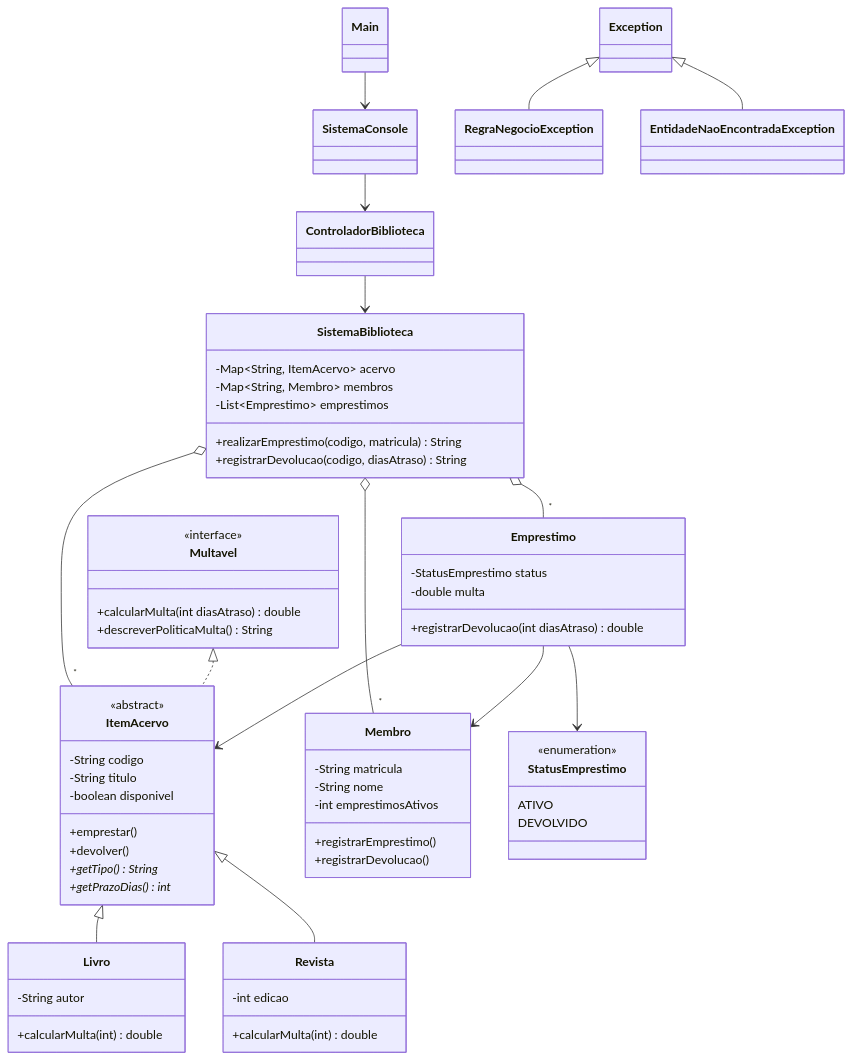
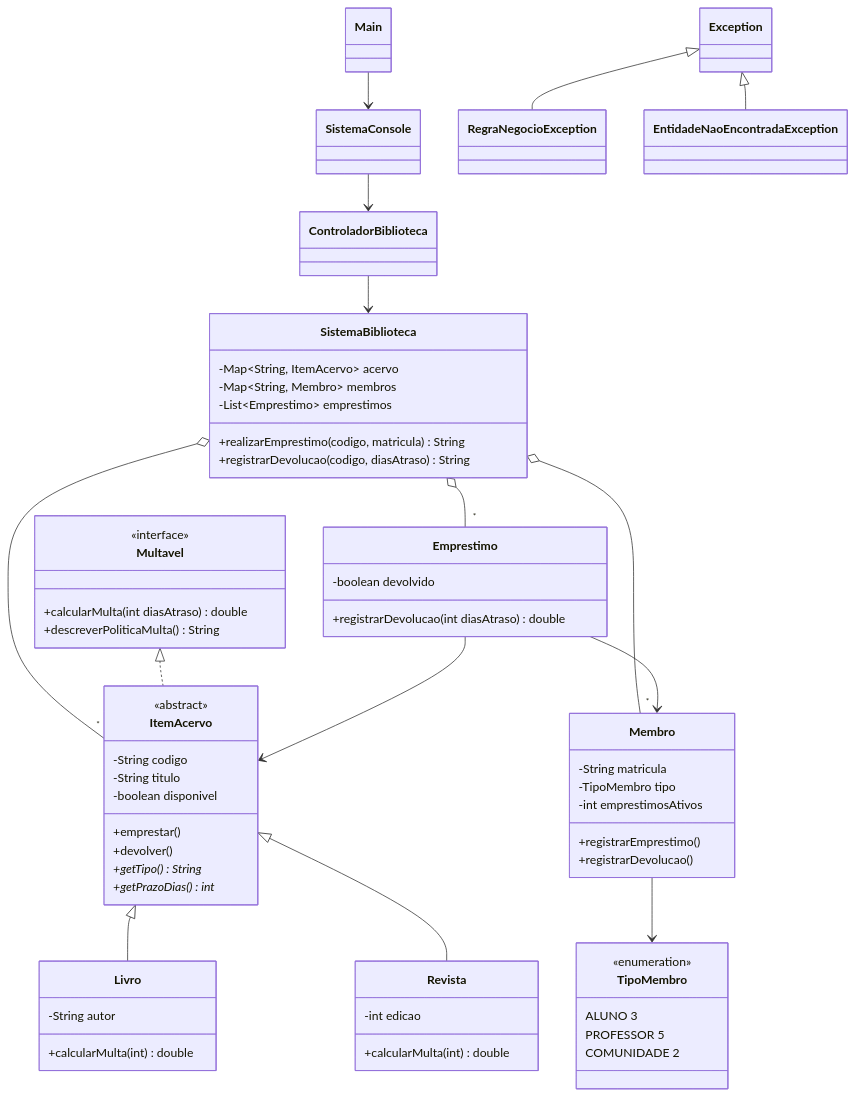
The diagram in uml.md (luizamorim2/biblioteca-lp2), drawn with Mermaid before and after one commit. The commit also changed 11 other files, not shown here.

Commit message:
refactor: simplifica dominio e reintroduz TipoMembro

```diff
--- a/uml.md
+++ b/uml.md
@@ -42,22 +42,22 @@
 
     class Membro {
         -String matricula
-        -String nome
+        -TipoMembro tipo
         -int emprestimosAtivos
         +registrarEmprestimo()
         +registrarDevolucao()
     }
 
     class Emprestimo {
-        -StatusEmprestimo status
-        -double multa
+        -boolean devolvido
         +registrarDevolucao(int diasAtraso) double
     }
 
-    class StatusEmprestimo {
+    class TipoMembro {
         <<enumeration>>
-        ATIVO
-        DEVOLVIDO
+        ALUNO 3
+        PROFESSOR 5
+        COMUNIDADE 2
     }
 
     class RegraNegocioException
@@ -75,9 +75,9 @@
     ItemAcervo <|-- Livro
     ItemAcervo <|-- Revista
 
+    Membro --> TipoMembro
     Emprestimo --> ItemAcervo
     Emprestimo --> Membro
-    Emprestimo --> StatusEmprestimo
 
     Exception <|-- RegraNegocioException
     Exception <|-- EntidadeNaoEncontradaException
```
